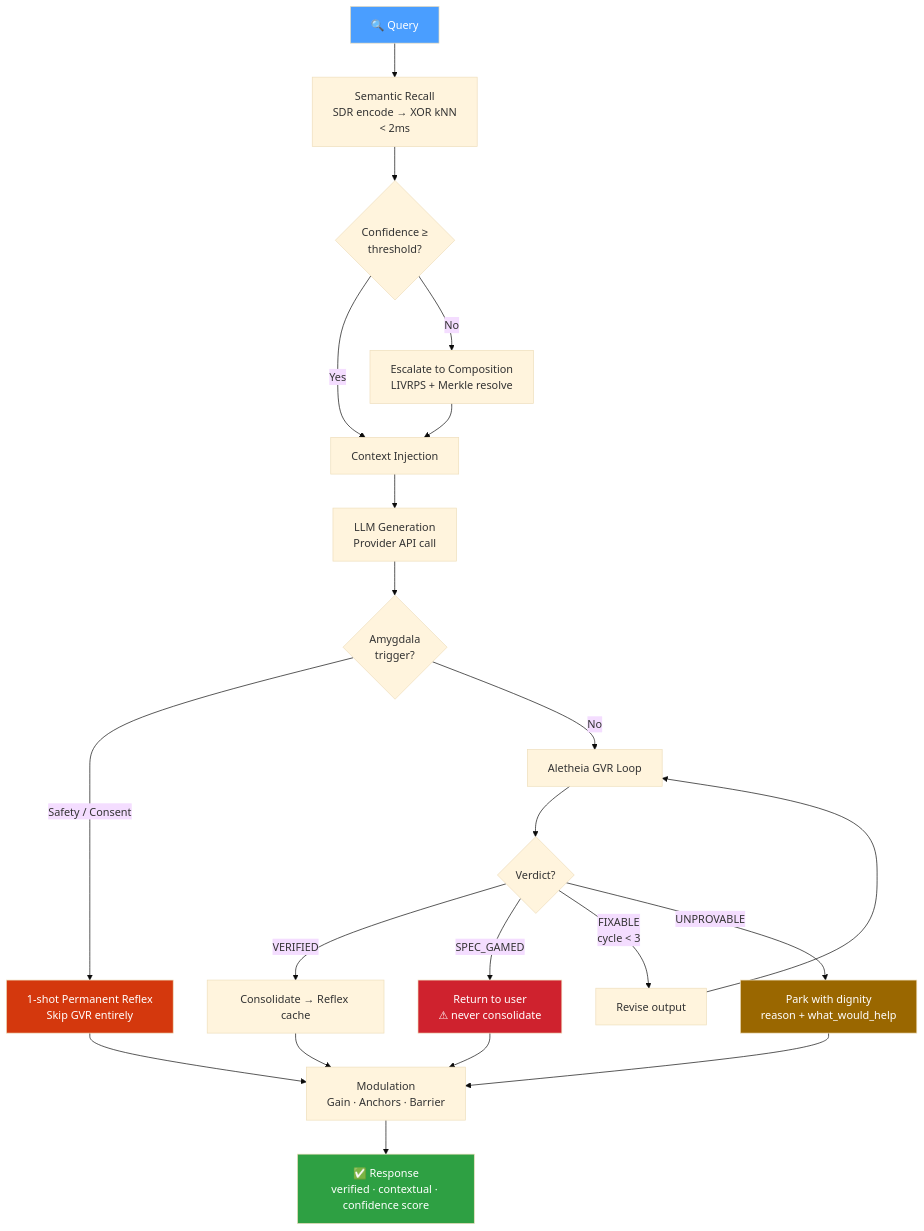
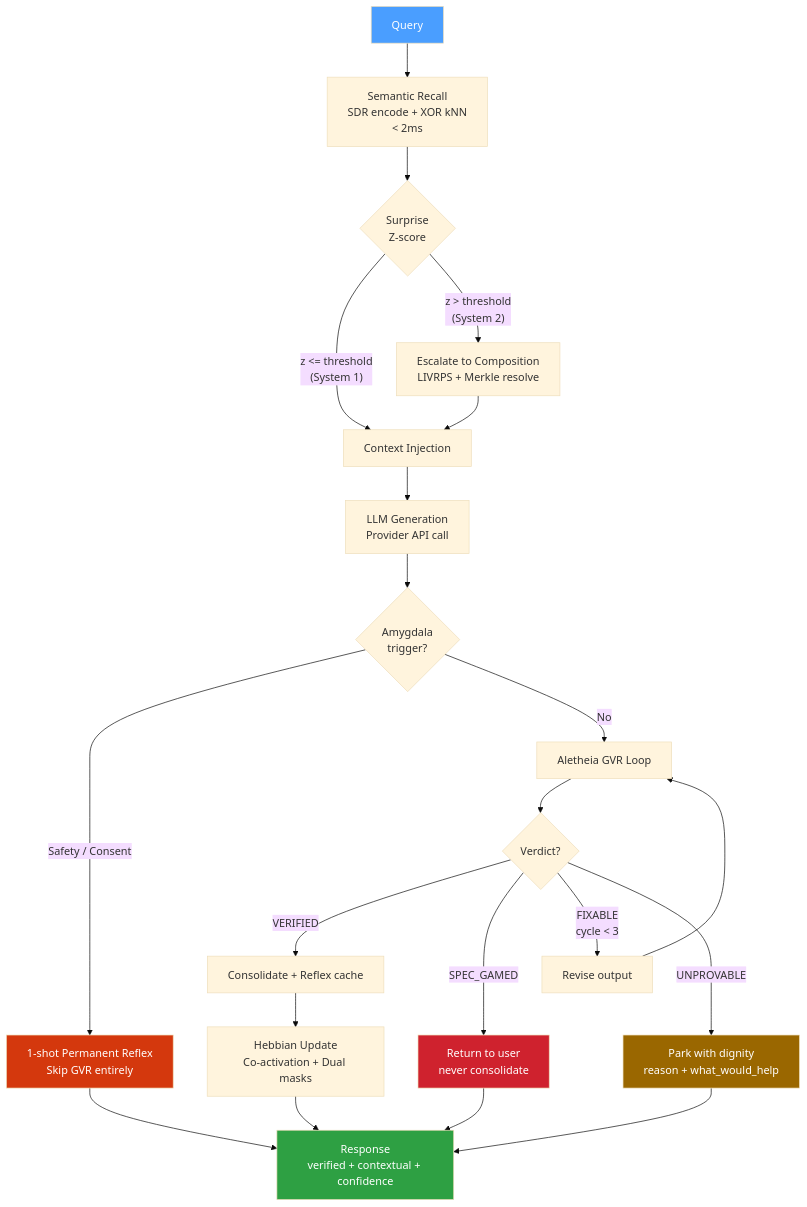
One commit to JosephOIbrahim/Harlo changed the second of 7 diagrams in README.md. Above: the diagram before and after it, drawn with Mermaid (base theme). The commit also changed other lines of this file, not shown here.

````diff
--- a/README.md
+++ b/README.md
@@ -70,28 +123,28 @@
 ```mermaid
 flowchart TD
-    Q["🔍 Query"] --> R["Semantic Recall\nSDR encode → XOR kNN\n< 2ms"]
-    R --> C{"Confidence ≥\nthreshold?"}
-    C -->|Yes| INJ["Context Injection"]
-    C -->|No| ESC["Escalate to Composition\nLIVRPS + Merkle resolve"]
+    Q["Query"] --> R["Semantic Recall\nSDR encode + XOR kNN\n< 2ms"]
+    R --> S{"Surprise\nZ-score"}
+    S -->|"z <= threshold\n(System 1)"| INJ["Context Injection"]
+    S -->|"z > threshold\n(System 2)"| ESC["Escalate to Composition\nLIVRPS + Merkle resolve"]
     ESC --> INJ
     INJ --> LLM["LLM Generation\nProvider API call"]
     LLM --> AMY{"Amygdala\ntrigger?"}
     AMY -->|"Safety / Consent"| REF["1-shot Permanent Reflex\nSkip GVR entirely"]
     AMY -->|No| GVR["Aletheia GVR Loop"]
     GVR --> V{"Verdict?"}
-    V -->|VERIFIED| CONS["Consolidate → Reflex cache"]
-    V -->|SPEC_GAMED| SGOUT["Return to user\n⚠ never consolidate"]
+    V -->|VERIFIED| CONS["Consolidate + Reflex cache"]
+    V -->|SPEC_GAMED| SGOUT["Return to user\nnever consolidate"]
     V -->|"FIXABLE\ncycle < 3"| REV["Revise output"] --> GVR
     V -->|UNPROVABLE| PARK["Park with dignity\nreason + what_would_help"]
-    CONS --> MOD["Modulation\nGain · Anchors · Barrier"]
-    PARK --> MOD
-    REF --> MOD
-    SGOUT --> MOD
-    MOD --> RESP["✅ Response\nverified · contextual · confidence score"]
+    CONS --> HEBB["Hebbian Update\nCo-activation + Dual masks"]
+    HEBB --> RESP["Response\nverified + contextual + confidence"]
+    PARK --> RESP
+    REF --> RESP
+    SGOUT --> RESP
 
     style Q fill:#4a9eff,color:#fff
     style RESP fill:#2ea043,color:#fff
     style REF fill:#d4380d,color:#fff
     style SGOUT fill:#cf222e,color:#fff
     style PARK fill:#9a6700,color:#fff
 ```
````
